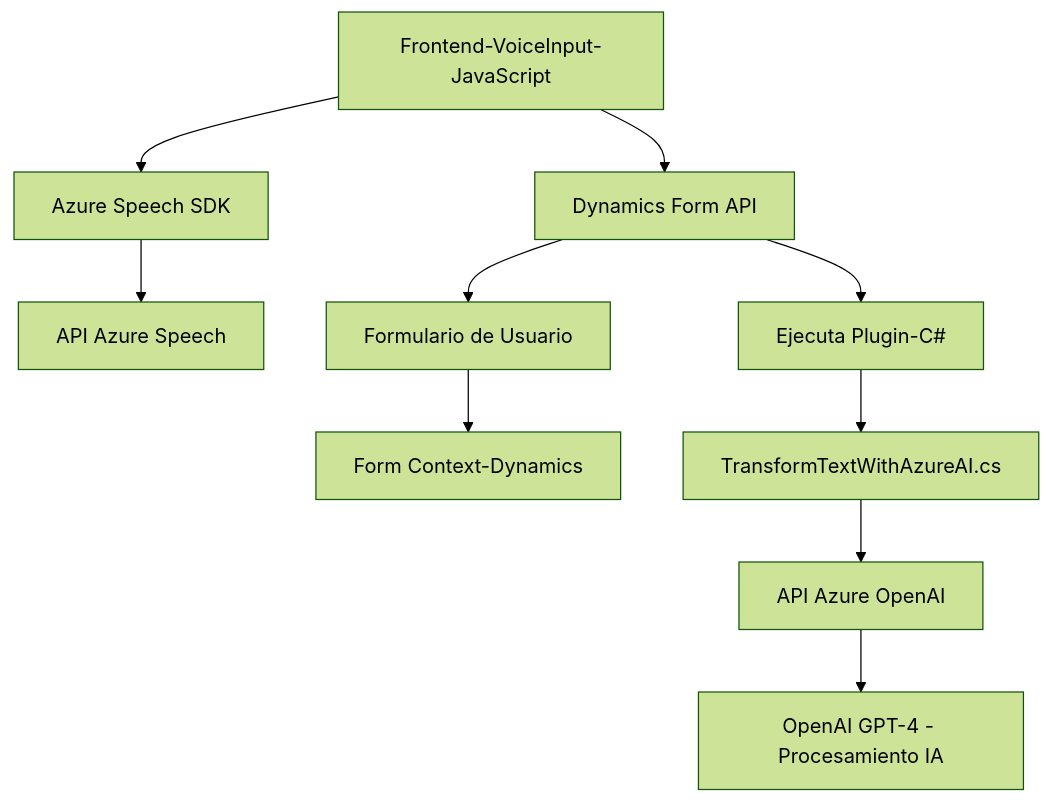
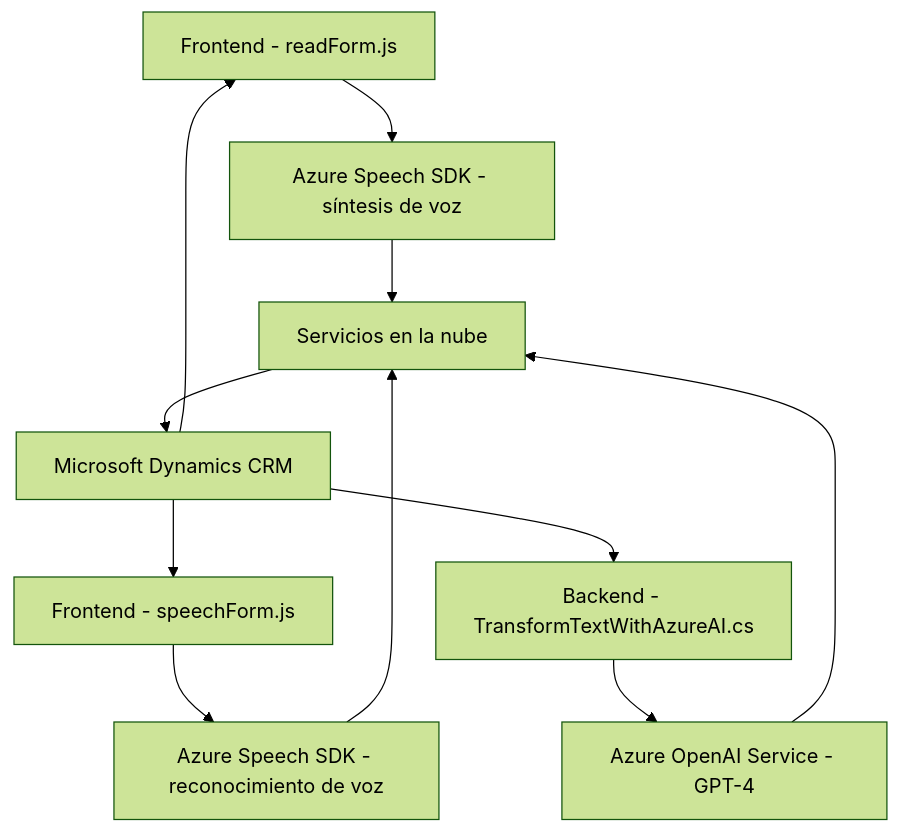
One commit to blopezdm/NETCORE_BILBAO2025 changed the diagram in README.md. Above: the diagram before and after it, drawn with Mermaid (forest theme). The commit also changed other lines of this file, not shown here.

````diff
--- a/README.md
+++ b/README.md
@@ -54,12 +30,15 @@
 ```mermaid
 graph TD
-    A["Frontend-VoiceInput-JavaScript"] --> B["Azure Speech SDK"]
-    A --> C["Dynamics Form API"]
-    C --> D["Formulario de Usuario"]
-    D --> E["Form Context-Dynamics"]
-    B --> F["API Azure Speech"]
-    C --> G["Ejecuta Plugin-C#"]
-    G --> H["TransformTextWithAzureAI.cs"]
-    H --> I["API Azure OpenAI"]
-    I --> J["OpenAI GPT-4 - Procesamiento IA"]
+    A["Frontend - readForm.js"] --> B["Azure Speech SDK - síntesis de voz"]
+    C["Frontend - speechForm.js"] --> D["Azure Speech SDK - reconocimiento de voz"]
+    B --> E["Servicios en la nube"]
+    D --> E
+
+    F["Backend - TransformTextWithAzureAI.cs"] --> G["Azure OpenAI Service - GPT-4"]
+    G --> E
+
+    H["Microsoft Dynamics CRM"] --> A
+    H --> C
+    H --> F
+    E --> H
 ```
````
